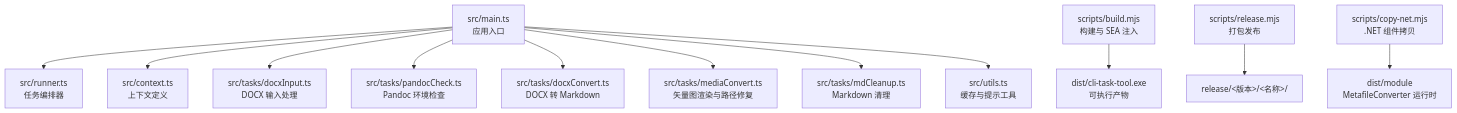
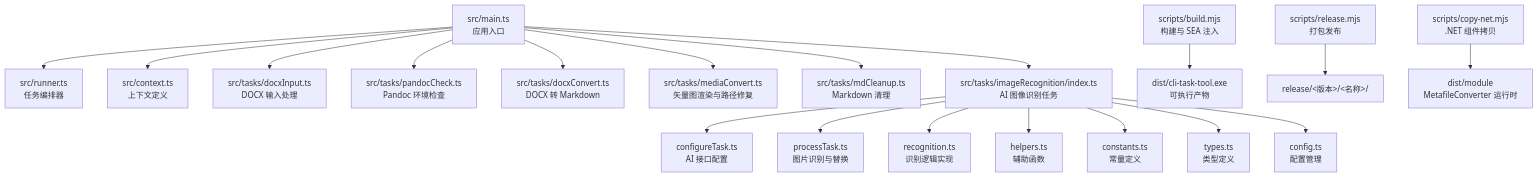
Before and after one commit to hllshiro/doc2md-cli: the first of 3 diagrams in .qoder/repowiki/zh/content/转换模块详解/转换模块详解.md, drawn with Mermaid. The commit also changed other lines of this file and 4 other files, not shown here.

First line of the commit message:
feat(media): 扩展多格式图像支持，增强文件处理能力

````diff
--- a/.qoder/repowiki/zh/content/转换模块详解/转换模块详解.md
+++ b/.qoder/repowiki/zh/content/转换模块详解/转换模块详解.md
@@ -53,14 +62,21 @@
 ```mermaid
 graph TB
 A["src/main.ts<br/>应用入口"] --> B["src/runner.ts<br/>任务编排器"]
 A --> C["src/context.ts<br/>上下文定义"]
 A --> D["src/tasks/docxInput.ts<br/>DOCX 输入处理"]
 A --> E["src/tasks/pandocCheck.ts<br/>Pandoc 环境检查"]
 A --> F["src/tasks/docxConvert.ts<br/>DOCX 转 Markdown"]
 A --> G["src/tasks/mediaConvert.ts<br/>矢量图渲染与路径修复"]
 A --> H["src/tasks/mdCleanup.ts<br/>Markdown 清理"]
-A --> I["src/utils.ts<br/>缓存与提示工具"]
+A --> I["src/tasks/imageRecognition/index.ts<br/>AI 图像识别任务"]
+I --> I1["configureTask.ts<br/>AI 接口配置"]
+I --> I2["processTask.ts<br/>图片识别与替换"]
+I --> I3["recognition.ts<br/>识别逻辑实现"]
+I --> I4["helpers.ts<br/>辅助函数"]
+I --> I5["constants.ts<br/>常量定义"]
+I --> I6["types.ts<br/>类型定义"]
+I --> I7["config.ts<br/>配置管理"]
 J["scripts/build.mjs<br/>构建与 SEA 注入"] --> K["dist/cli-task-tool.exe<br/>可执行产物"]
 L["scripts/release.mjs<br/>打包发布"] --> M["release/<版本>/<名称>/"]
 N["scripts/copy-net.mjs<br/>.NET 组件拷贝"] --> O["dist/module<br/>MetafileConverter 运行时"]
 ```
````
